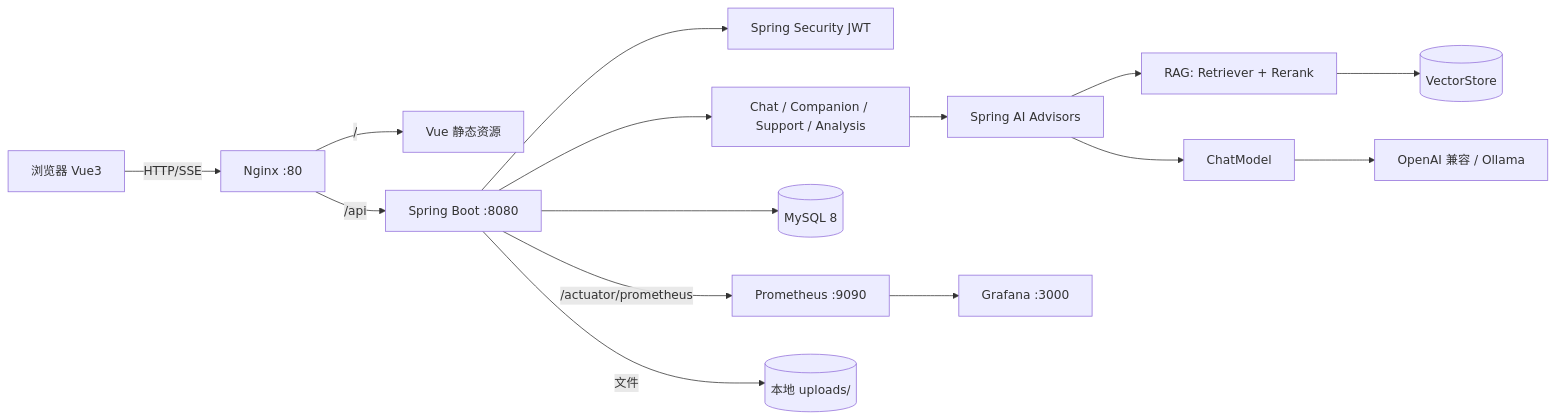
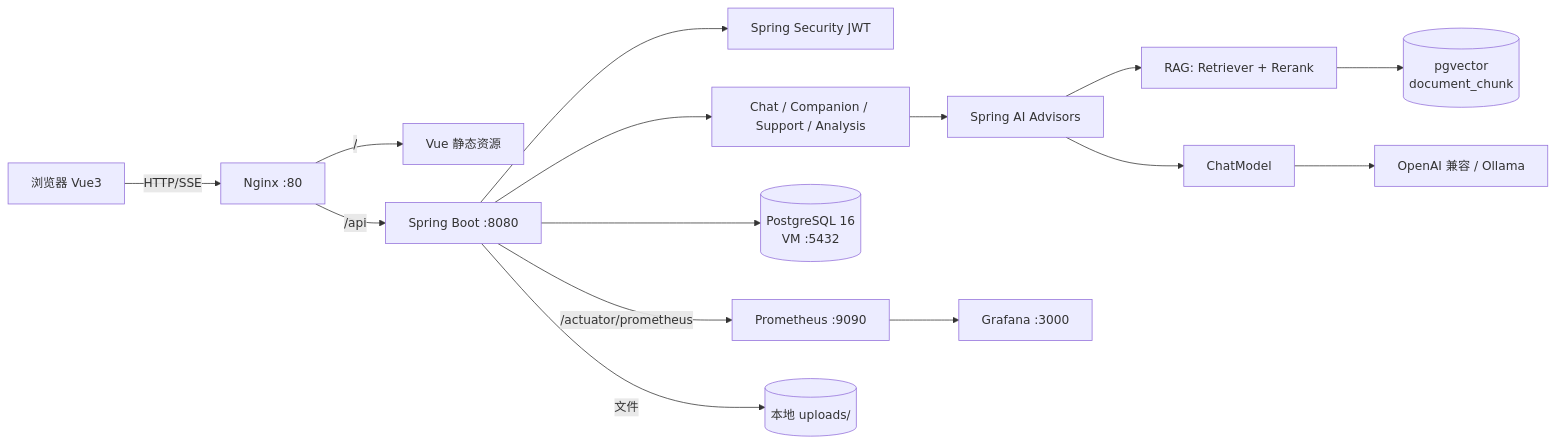
Before and after one commit to tutuchacha/AI_app: the diagram in docs/00-架构方案.md, drawn with Mermaid. The commit also changed other lines of this file and 28 other files, not shown here.

First line of the commit message:
切库：MySQL 全量换成 PostgreSQL 16 + pgvector

````diff
--- a/docs/00-架构方案.md
+++ b/docs/00-架构方案.md
@@ -66,17 +67,17 @@
 ```mermaid
 flowchart LR
   U[浏览器 Vue3] -->|HTTP/SSE| N[Nginx :80]
   N -->|/| S[Vue 静态资源]
   N -->|/api| B[Spring Boot :8080]
   B --> SEC[Spring Security JWT]
   B --> CHAT[Chat / Companion / Support / Analysis]
   CHAT --> AD[Spring AI Advisors]
   AD --> RAG[RAG: Retriever + Rerank]
   AD --> LLM[ChatModel]
-  RAG --> VS[(VectorStore)]
+  RAG --> VS[(pgvector<br/>document_chunk)]
   LLM --> P[OpenAI 兼容 / Ollama]
-  B --> DB[(MySQL 8)]
+  B --> DB[(PostgreSQL 16<br/>VM :5432)]
   B -->|/actuator/prometheus| PR[Prometheus :9090]
   PR --> G[Grafana :3000]
   B -->|文件| FS[(本地 uploads/)]
 ```
````
